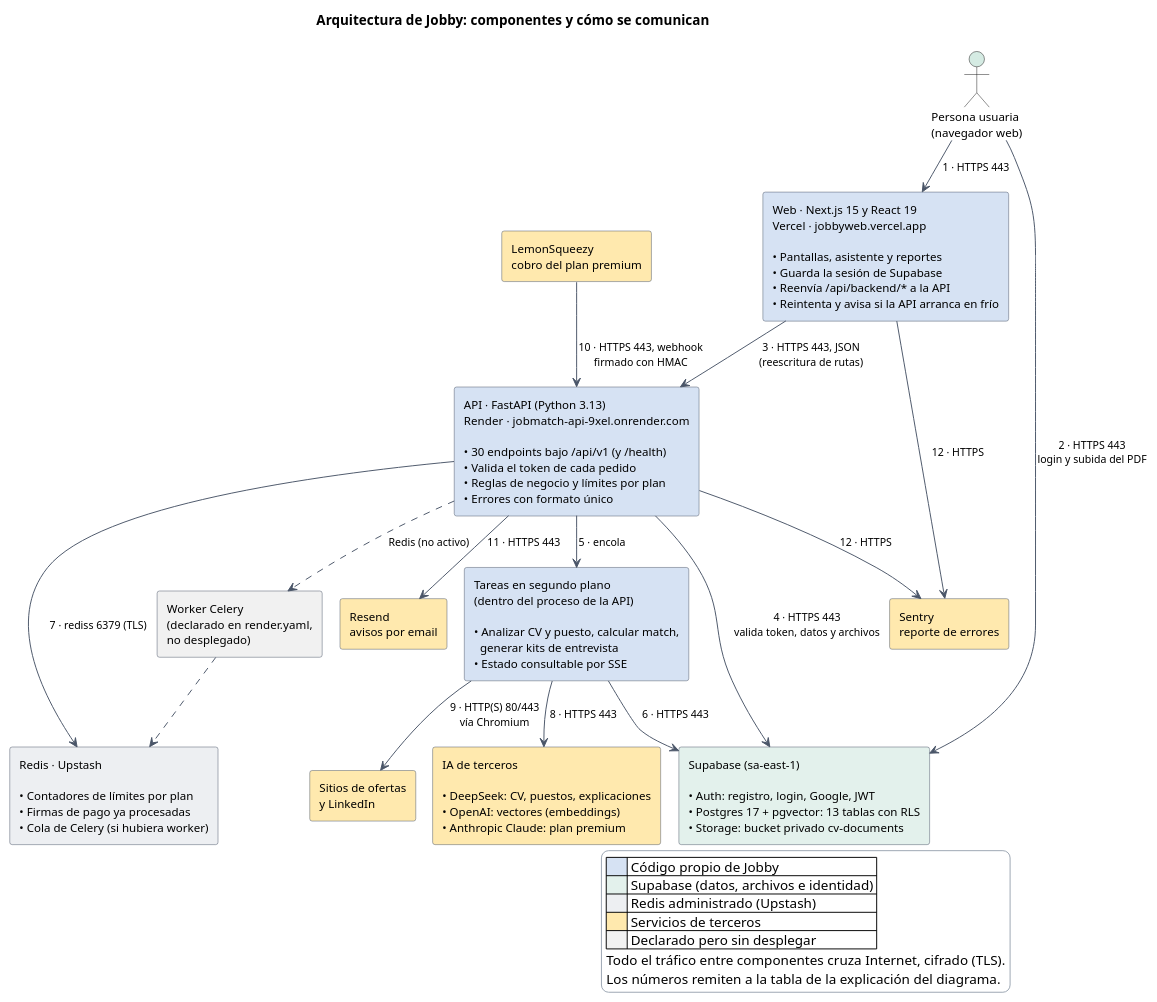
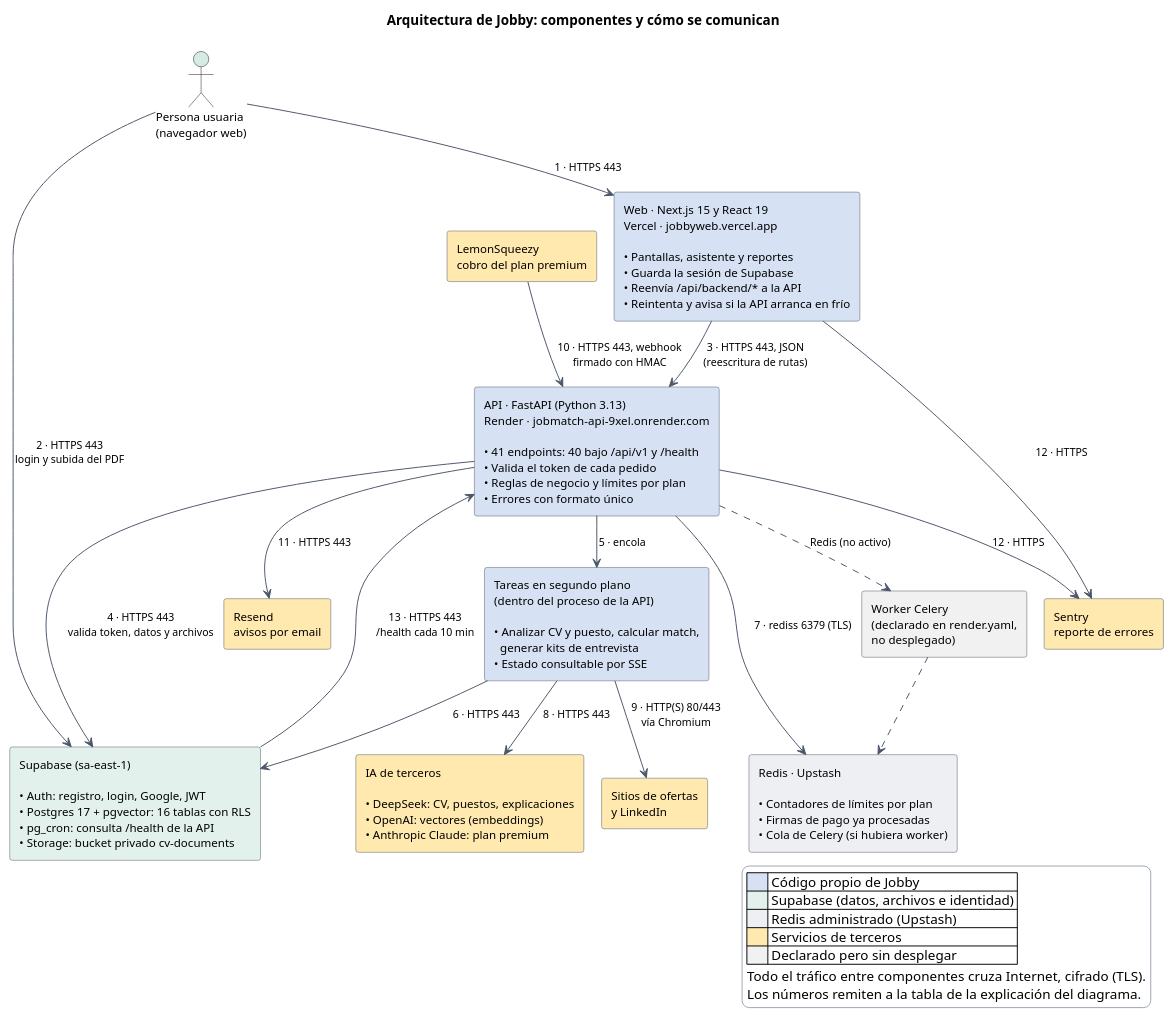
The diagram in docs/diagramas/arquitectura.puml (Buatishi/Jobby), drawn with PlantUML before and after one commit. The commit also changed 15 other files, not shown here.

```diff
--- a/docs/diagramas/arquitectura.puml
+++ b/docs/diagramas/arquitectura.puml
@@ -1,63 +1,66 @@
 @startuml
 ' Arquitectura lógica de Jobby. Verificado contra apps/web (next.config.ts, lib/api/client.ts, lib/supabase),
 ' services/api (main.py, dependencies.py, tasks/, services/), render.yaml y README.md (sección En producción).
+' Actualizado el 2026-11-02: endpoints contados en el OpenAPI de la API (41), tablas contadas en las
+' migraciones (16) y la consulta periódica de pg_cron a /health (migración 029), conexión 13.
 !pragma layout smetana
 top to bottom direction
 skinparam shadowing false
 skinparam defaultFontName Arial
 skinparam defaultFontSize 12
 skinparam ArrowColor #4A5568
 skinparam ArrowFontSize 11
 skinparam RectangleBorderColor #4A5568
 skinparam legendBackgroundColor #FFFFFF
 skinparam legendBorderColor #9AA5B1
 
 title Arquitectura de Jobby: componentes y cómo se comunican
 
 actor "Persona usuaria\n(navegador web)" as U #D5EBE3
 
 rectangle "Web · Next.js 15 y React 19\nVercel · jobbyweb.vercel.app\n\n• Pantallas, asistente y reportes\n• Guarda la sesión de Supabase\n• Reenvía /api/backend/* a la API\n• Reintenta y avisa si la API arranca en frío" as WEB #D6E2F3
 
-rectangle "API · FastAPI (Python 3.13)\nRender · jobmatch-api-9xel.onrender.com\n\n• 30 endpoints bajo /api/v1 (y /health)\n• Valida el token de cada pedido\n• Reglas de negocio y límites por plan\n• Errores con formato único" as API #D6E2F3
+rectangle "API · FastAPI (Python 3.13)\nRender · jobmatch-api-9xel.onrender.com\n\n• 41 endpoints: 40 bajo /api/v1 y /health\n• Valida el token de cada pedido\n• Reglas de negocio y límites por plan\n• Errores con formato único" as API #D6E2F3
 
 rectangle "Tareas en segundo plano\n(dentro del proceso de la API)\n\n• Analizar CV y puesto, calcular match,\n  generar kits de entrevista\n• Estado consultable por SSE" as TASK #D6E2F3
 
 rectangle "Worker Celery\n(declarado en render.yaml,\nno desplegado)" as WORK #F1F1F1
 
-rectangle "Supabase (sa-east-1)\n\n• Auth: registro, login, Google, JWT\n• Postgres 17 + pgvector: 13 tablas con RLS\n• Storage: bucket privado cv-documents" as SUP #E3F1EC
+rectangle "Supabase (sa-east-1)\n\n• Auth: registro, login, Google, JWT\n• Postgres 17 + pgvector: 16 tablas con RLS\n• pg_cron: consulta /health de la API\n• Storage: bucket privado cv-documents" as SUP #E3F1EC
 
 rectangle "Redis · Upstash\n\n• Contadores de límites por plan\n• Firmas de pago ya procesadas\n• Cola de Celery (si hubiera worker)" as RED #EDEFF2
 
 rectangle "IA de terceros\n\n• DeepSeek: CV, puestos, explicaciones\n• OpenAI: vectores (embeddings)\n• Anthropic Claude: plan premium" as IA #FFE9AE
 
 rectangle "LemonSqueezy\ncobro del plan premium" as LS #FFE9AE
 rectangle "Resend\navisos por email" as RES #FFE9AE
 rectangle "Sentry\nreporte de errores" as SEN #FFE9AE
 rectangle "Sitios de ofertas\ny LinkedIn" as SITES #FFE9AE
 
 U --> WEB : 1 · HTTPS 443
 U --> SUP : 2 · HTTPS 443\nlogin y subida del PDF
 WEB --> API : 3 · HTTPS 443, JSON\n(reescritura de rutas)
 API --> SUP : 4 · HTTPS 443\nvalida token, datos y archivos
 API --> TASK : 5 · encola
 TASK --> SUP : 6 · HTTPS 443
 API --> RED : 7 · rediss 6379 (TLS)
 TASK --> IA : 8 · HTTPS 443
 TASK --> SITES : 9 · HTTP(S) 80/443\nvía Chromium
 LS --> API : 10 · HTTPS 443, webhook\nfirmado con HMAC
 API --> RES : 11 · HTTPS 443
 API --> SEN : 12 · HTTPS
 WEB --> SEN : 12 · HTTPS
 API ..> WORK : Redis (no activo)
 WORK ..> RED
+SUP --> API : 13 · HTTPS 443\n/health cada 10 min
 
 legend right
   |<#D6E2F3>      | Código propio de Jobby |
   |<#E3F1EC>      | Supabase (datos, archivos e identidad) |
   |<#EDEFF2>      | Redis administrado (Upstash) |
   |<#FFE9AE>      | Servicios de terceros |
   |<#F1F1F1>      | Declarado pero sin desplegar |
   Todo el tráfico entre componentes cruza Internet, cifrado (TLS).
   Los números remiten a la tabla de la explicación del diagrama.
 endlegend
 @enduml
```
